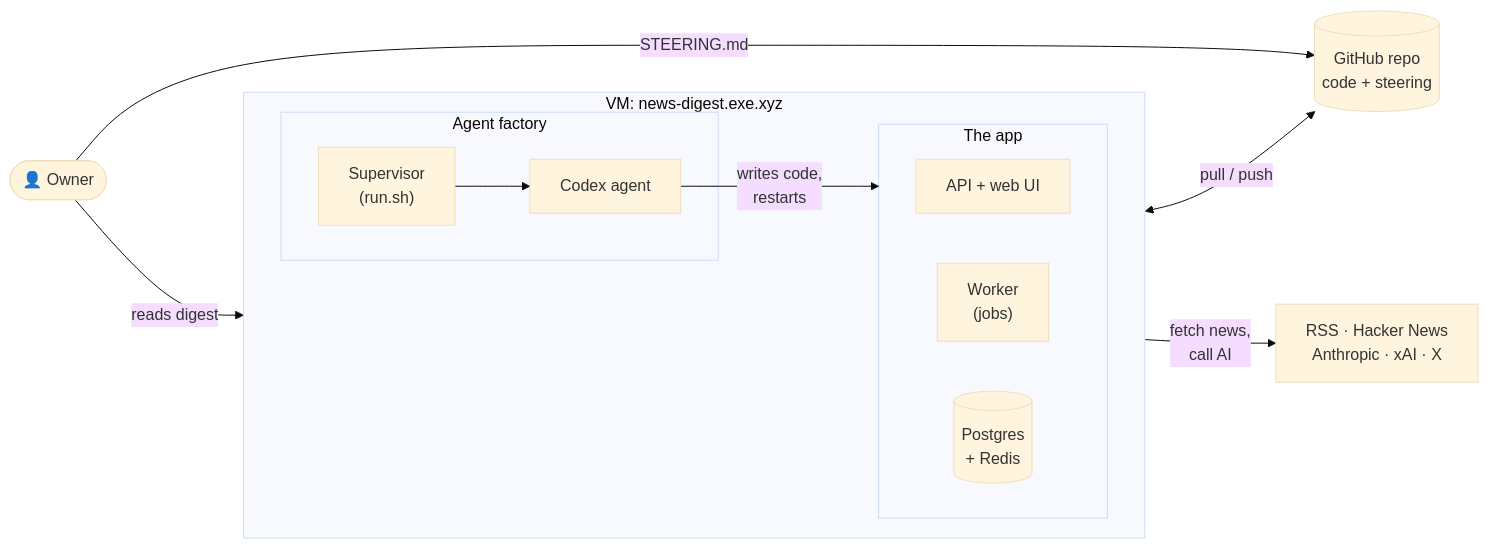
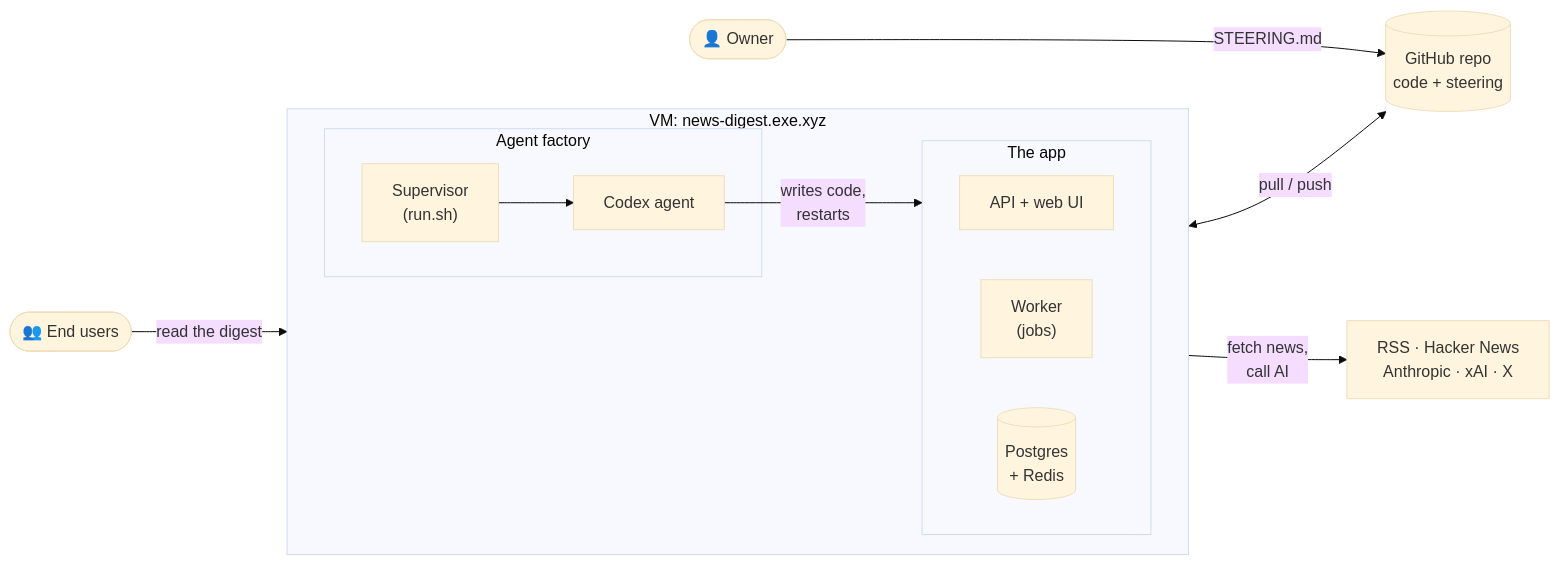
One commit to EmmadUsmani/news-digest changed the diagram in docs/handbook/README.md. Above: the diagram before and after it, drawn with Mermaid (base theme).

Commit message:
Handbook: separate end users from the owner in the overview diagram
Claude-Session: https://claude.ai/code/session_016j7ao7Q9SfyQrTp8hRa5zh

````diff
--- a/docs/handbook/README.md
+++ b/docs/handbook/README.md
@@ -10,21 +10,22 @@
 ```mermaid
 flowchart LR
   owner(["👤 Owner"])
+  reader(["👥 End users"])
   subgraph vm["VM: news-digest.exe.xyz"]
     direction LR
     subgraph factory["Agent factory"]
       sup["Supervisor<br/>(run.sh)"] --> codex["Codex agent"]
     end
     subgraph app["The app"]
       api["API + web UI"]
       worker["Worker<br/>(jobs)"]
       db[("Postgres<br/>+ Redis")]
     end
     codex -- "writes code,<br/>restarts" --> app
   end
   repo[("GitHub repo<br/>code + steering")]
   owner -- "STEERING.md" --> repo
   codex <-- "pull / push" --> repo
-  owner -- "reads digest" --> api
+  reader -- "read the digest" --> api
   worker -- "fetch news,<br/>call AI" --> ext["RSS · Hacker News<br/>Anthropic · xAI · X"]
 ```
````
